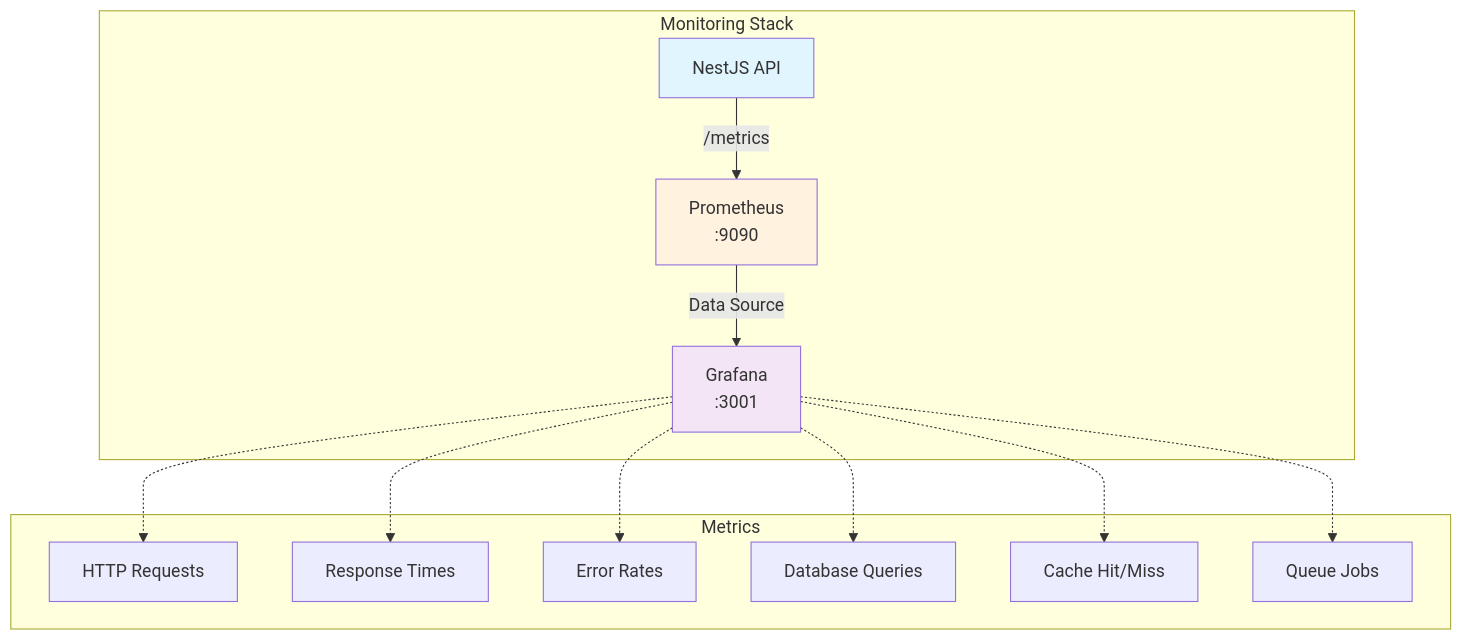
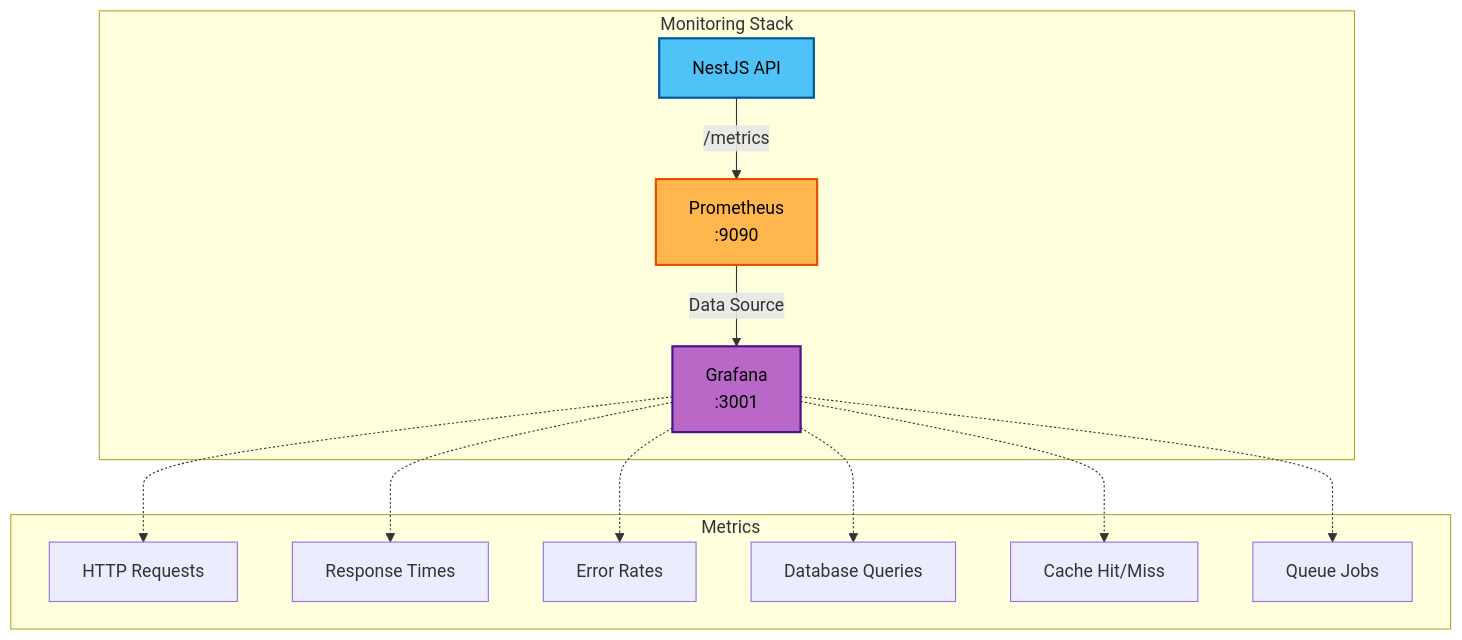
One commit to kerolos-saaid/jules-noilerplate changed the fourth of 4 diagrams in README.md. Above: the diagram before and after it, drawn with Mermaid. The commit also changed other lines of this file, not shown here.

Commit message:
Improve README diagram colors for better contrast

````diff
--- a/README.md
+++ b/README.md
@@ -467,31 +467,31 @@
 ```mermaid
 graph TB
     subgraph "Monitoring Stack"
         App[NestJS API]
         Prom[Prometheus<br/>:9090]
         Graf[Grafana<br/>:3001]
         
         App -->|/metrics| Prom
         Prom -->|Data Source| Graf
     end
     
     subgraph "Metrics"
         M1[HTTP Requests]
         M2[Response Times]
         M3[Error Rates]
         M4[Database Queries]
         M5[Cache Hit/Miss]
         M6[Queue Jobs]
     end
     
     Graf -.-> M1
     Graf -.-> M2
     Graf -.-> M3
     Graf -.-> M4
     Graf -.-> M5
     Graf -.-> M6
     
-    style App fill:#e1f5ff
-    style Prom fill:#fff3e0
-    style Graf fill:#f3e5f5
+    style App fill:#4fc3f7,stroke:#01579b,stroke-width:2px,color:#000
+    style Prom fill:#ffb74d,stroke:#e65100,stroke-width:2px,color:#000
+    style Graf fill:#ba68c8,stroke:#4a148c,stroke-width:2px,color:#000
 ```
````
